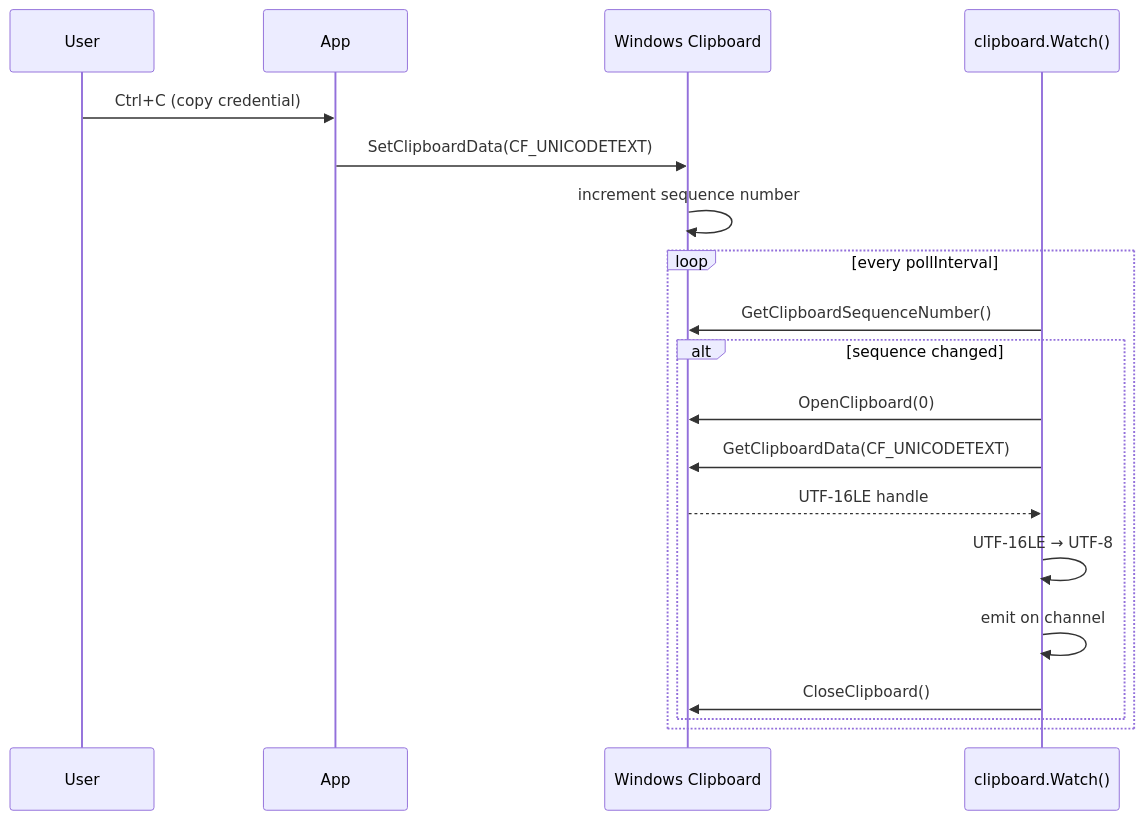
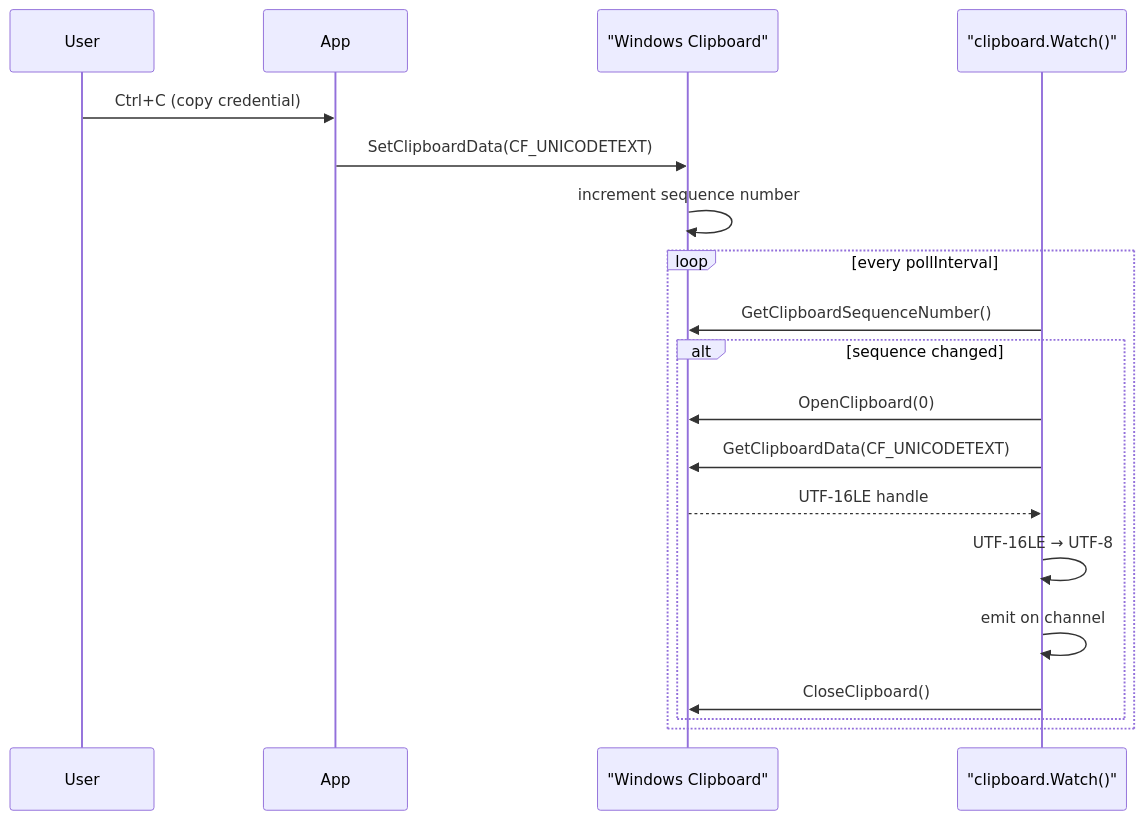
The diagram in docs/techniques/collection/clipboard.md (oioio-space/maldev), drawn with Mermaid before and after one commit. The commit also changed 52 other files, not shown here.

First line of the commit message:
fix(docs): quote multi-word Mermaid participant aliases — 11.2.0 strict-mode sweep

````diff
--- a/docs/techniques/collection/clipboard.md
+++ b/docs/techniques/collection/clipboard.md
@@ -40,23 +40,23 @@
 ```mermaid
 sequenceDiagram
     participant User
     participant App
-    participant OS as Windows Clipboard
-    participant Watch as clipboard.Watch()
+    participant OS as "Windows Clipboard"
+    participant Watch as "clipboard.Watch()"
 
     User->>App: Ctrl+C (copy credential)
     App->>OS: SetClipboardData(CF_UNICODETEXT)
     OS->>OS: increment sequence number
 
     loop every pollInterval
         Watch->>OS: GetClipboardSequenceNumber()
         alt sequence changed
             Watch->>OS: OpenClipboard(0)
             Watch->>OS: GetClipboardData(CF_UNICODETEXT)
             OS-->>Watch: UTF-16LE handle
             Watch->>Watch: UTF-16LE → UTF-8
             Watch->>Watch: emit on channel
             Watch->>OS: CloseClipboard()
         end
     end
 ```
````
